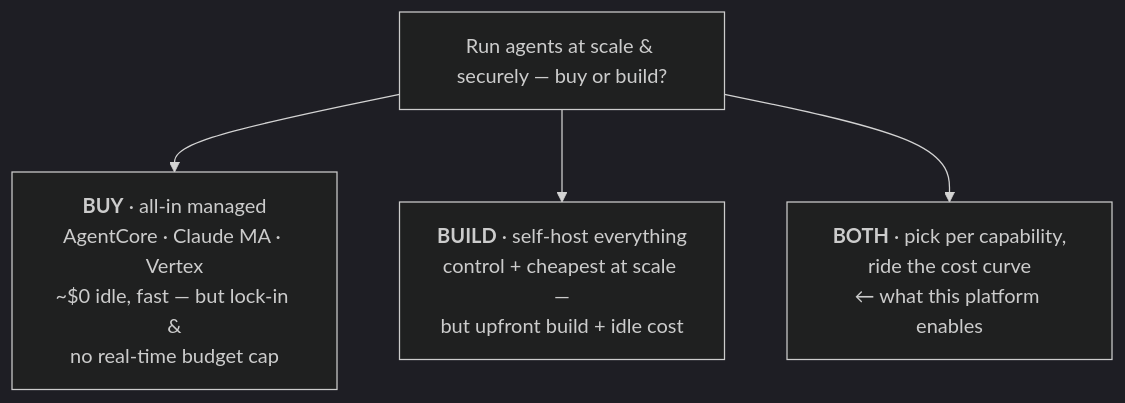
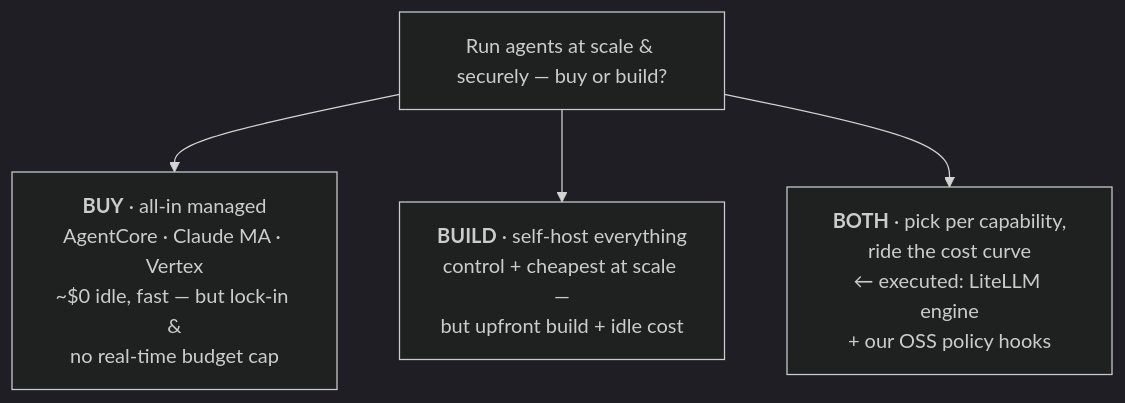
Before and after one commit to tilsley/creance: the third of 17 diagrams in docs/walkthrough-slides.md, drawn with Mermaid (dark theme). The commit also changed other lines of this file and 3 other files, not shown here.

````diff
--- a/docs/walkthrough-slides.md
+++ b/docs/walkthrough-slides.md
@@ -31,7 +31,7 @@
 ```mermaid
 flowchart TB
   Q["Run agents at scale & securely — buy or build?"]
   Q --> B1["<b>BUY</b> · all-in managed<br/>AgentCore · Claude MA · Vertex<br/>~$0 idle, fast — but lock-in &<br/>no real-time budget cap"]
   Q --> B2["<b>BUILD</b> · self-host everything<br/>control + cheapest at scale —<br/>but upfront build + idle cost"]
-  Q --> B3["<b>BOTH</b> · pick per capability,<br/>ride the cost curve<br/>← what this platform enables"]
+  Q --> B3["<b>BOTH</b> · pick per capability,<br/>ride the cost curve<br/>← executed: LiteLLM engine<br/>+ our OSS policy hooks"]
 ```
````
